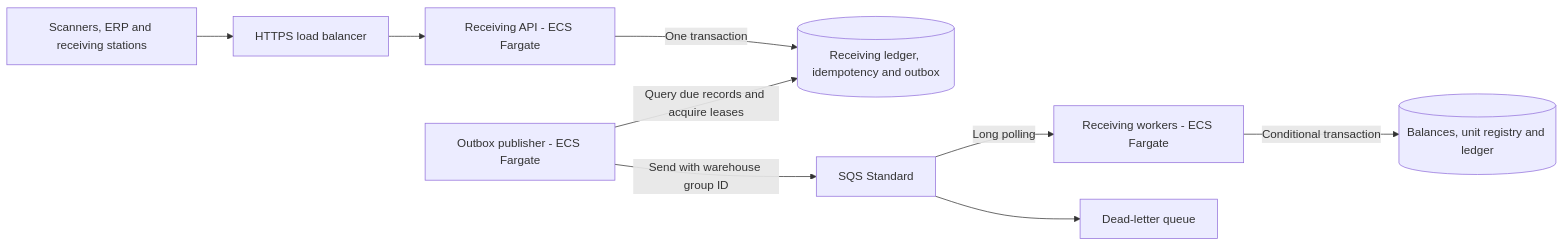
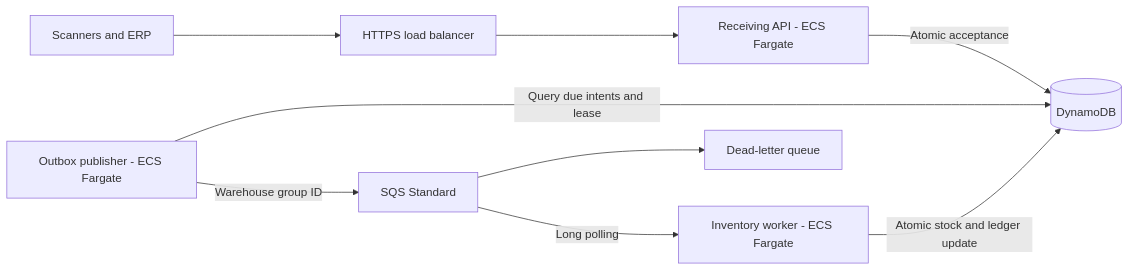
One commit to helberjf/aws-warehouse-intake changed the diagram in README.md. Above: the diagram before and after it, drawn with Mermaid. The commit also changed other lines of this file and 41 other files, not shown here.

Commit message:
feat: complete warehouse receiving API and container processing

````diff
--- a/README.md
+++ b/README.md
@@ -20,11 +21,11 @@
 ```mermaid
 flowchart LR
-    Devices[Scanners, ERP and receiving stations] --> ALB[HTTPS load balancer]
+    Devices[Scanners and ERP] --> ALB[HTTPS load balancer]
     ALB --> API[Receiving API - ECS Fargate]
-    API -->|One transaction| Intake[(Receiving ledger, idempotency and outbox)]
-    Relay[Outbox publisher - ECS Fargate] -->|Query due records and acquire leases| Intake
-    Relay -->|Send with warehouse group ID| Queue[SQS Standard]
-    Queue -->|Long polling| Workers[Receiving workers - ECS Fargate]
-    Workers -->|Conditional transaction| Inventory[(Balances, unit registry and ledger)]
+    API -->|Atomic acceptance| DB[(DynamoDB)]
+    Publisher[Outbox publisher - ECS Fargate] -->|Query due intents and lease| DB
+    Publisher -->|Warehouse group ID| Queue[SQS Standard]
+    Queue -->|Long polling| Worker[Inventory worker - ECS Fargate]
+    Worker -->|Atomic stock and ledger update| DB
     Queue --> DLQ[Dead-letter queue]
 ```
````
